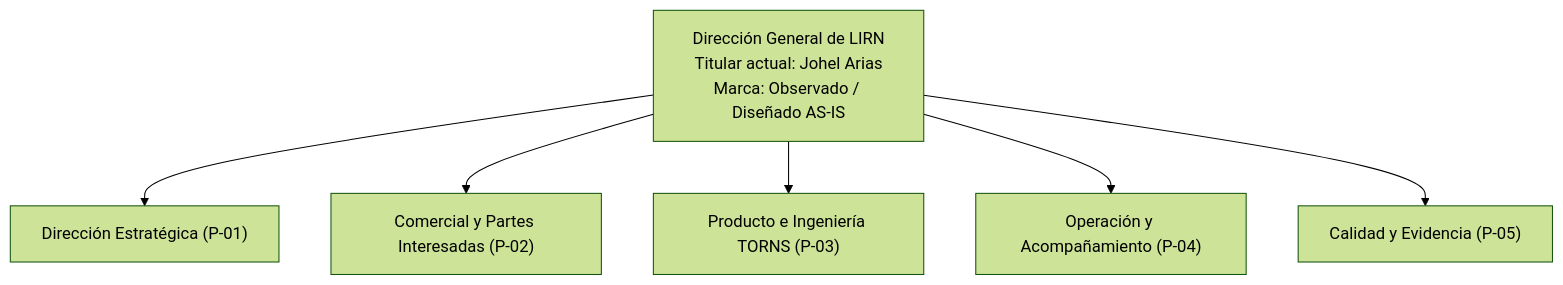
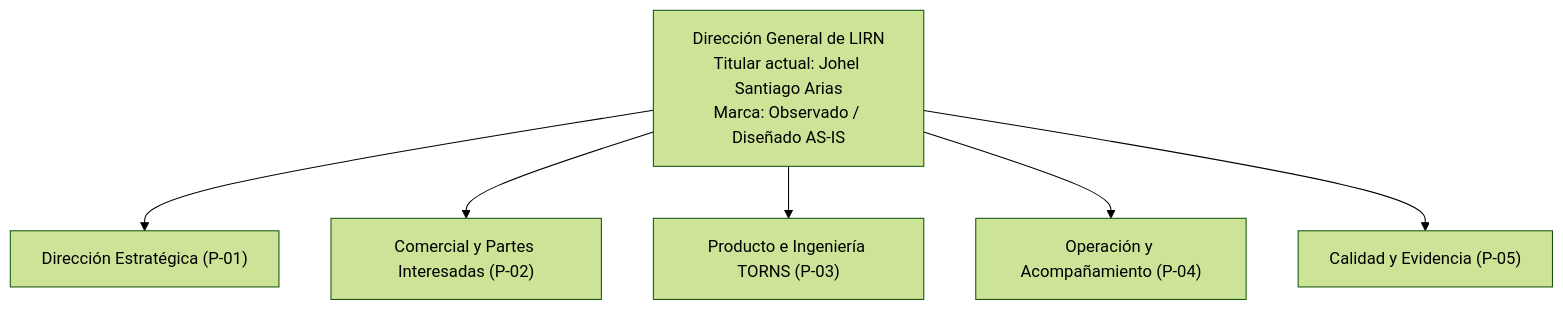
One commit to 5arSanti/tro-launcher changed the diagram in docs/ae-final-project/ondas/M1-negocio/complementos/imagenes/mmd/cons-1.mmd. Above: the diagram before and after it, drawn with Mermaid (forest theme). The commit also changed 43 other files, not shown here.

```diff
--- a/docs/ae-final-project/ondas/M1-negocio/complementos/imagenes/mmd/cons-1.mmd
+++ b/docs/ae-final-project/ondas/M1-negocio/complementos/imagenes/mmd/cons-1.mmd
@@ -1,12 +1,12 @@
 flowchart TD
-    DG["Dirección General de LIRN<br/>Titular actual: Johel Arias<br/>Marca: Observado / Diseñado AS-IS"]
+    DG["Dirección General de LIRN<br/>Titular actual: Johel Santiago Arias<br/>Marca: Observado / Diseñado AS-IS"]
     R1["Dirección Estratégica (P-01)"]
     R2["Comercial y Partes Interesadas (P-02)"]
     R3["Producto e Ingeniería TORNS (P-03)"]
     R4["Operación y Acompañamiento (P-04)"]
     R5["Calidad y Evidencia (P-05)"]
     DG --> R1
     DG --> R2
     DG --> R3
     DG --> R4
     DG --> R5
```
